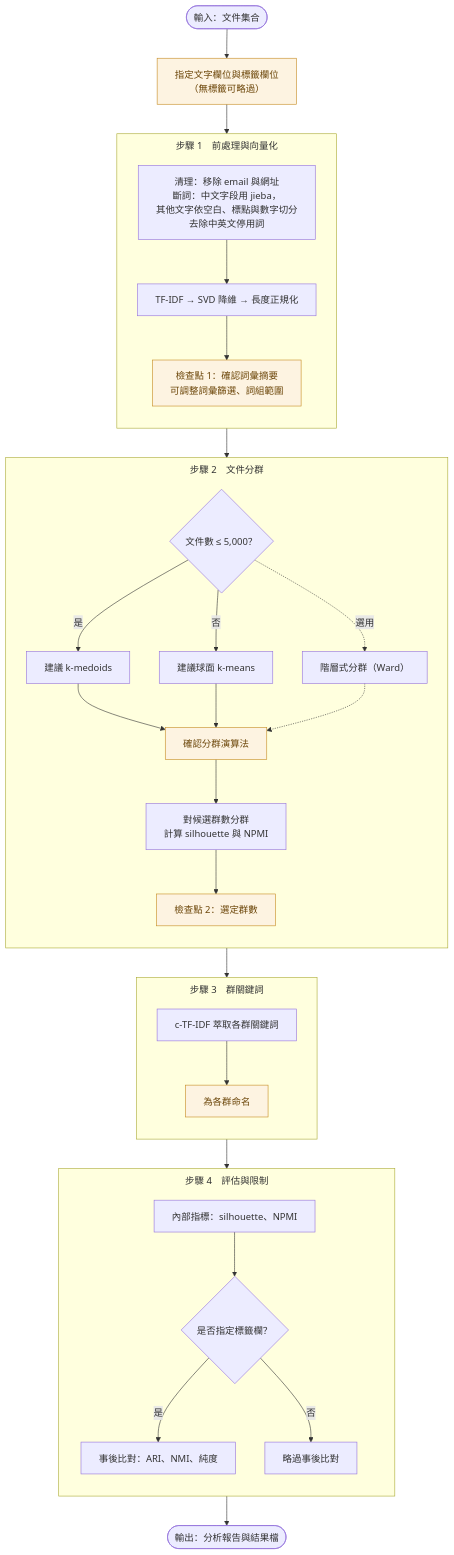
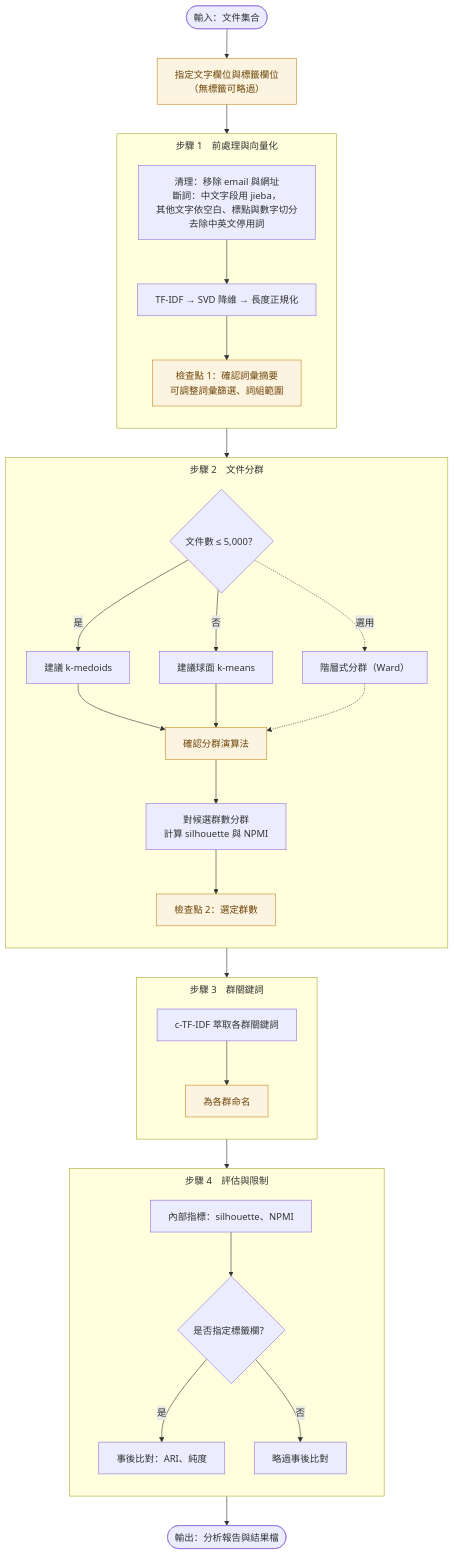
One commit to Laidym/Unsupervised-Learning---Document-Clustering changed the diagram in README.md. Above: the diagram before and after it, drawn with Mermaid. The commit also changed other lines of this file and 7 other files, not shown here.

First line of the commit message:
事後比對刪除 NMI，只保留 ARI 與純度

````diff
--- a/README.md
+++ b/README.md
@@ -30,52 +30,52 @@
 ``` mermaid
 ---
 config:
   flowchart:
     wrappingWidth: 400
     subGraphTitleMargin:
       top: 8
       bottom: 8
 ---
 flowchart TD
   A(["輸入：文件集合"]) --> B["指定文字欄位與標籤欄位<br/>（無標籤可略過）"]:::user
 
   subgraph S1["步驟 1　前處理與向量化"]
     direction TB
     D["清理：移除 email 與網址<br/>斷詞：中文字段用 jieba，<br/>其他文字依空白、標點與數字切分<br/>去除中英文停用詞"]
     D --> E["TF-IDF → SVD 降維 → 長度正規化"]
     E --> CP1["檢查點 1：確認詞彙摘要<br/>可調整詞彙篩選、詞組範圍"]:::user
   end
 
   subgraph S2["步驟 2　文件分群"]
     direction TB
     N{"文件數 ≤ 5,000？"}
     N -->|是| M1["建議 k-medoids"]
     N -->|否| M2["建議球面 k-means"]
     N -.->|選用| M3["階層式分群（Ward）"]
     M1 --> U["確認分群演算法"]:::user
     M2 --> U
     M3 -.-> U
     U --> F["對候選群數分群<br/>計算 silhouette 與 NPMI"]
     F --> CP2["檢查點 2：選定群數"]:::user
   end
 
   subgraph S3["步驟 3　群關鍵詞"]
     direction TB
     G["c-TF-IDF 萃取各群關鍵詞"] --> NM["為各群命名"]:::user
   end
 
   subgraph S4["步驟 4　評估與限制"]
     direction TB
     I["內部指標：silhouette、NPMI"] --> J{"是否指定標籤欄？"}
-    J -->|是| K["事後比對：ARI、NMI、純度"]
+    J -->|是| K["事後比對：ARI、純度"]
     J -->|否| L["略過事後比對"]
   end
 
   B --> S1
   S1 --> S2
   S2 --> S3
   S3 --> S4
   S4 --> R(["輸出：分析報告與結果檔"])
 
   classDef user fill:#fdf3e1,stroke:#c58a1f,color:#6b4508
 ```
````
